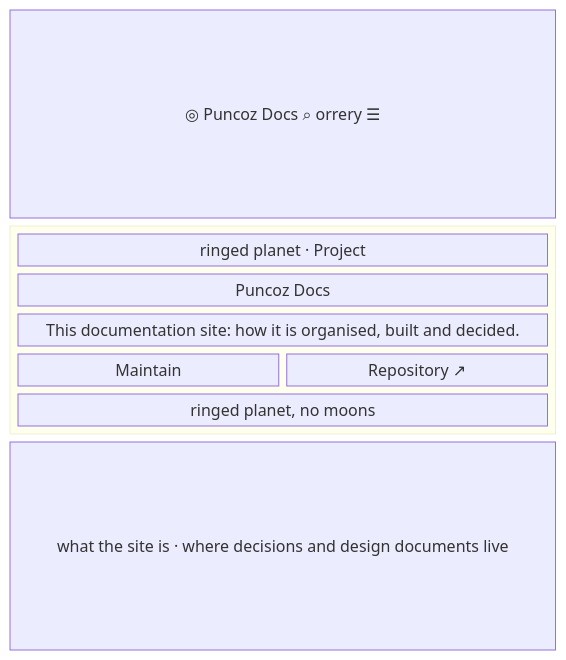
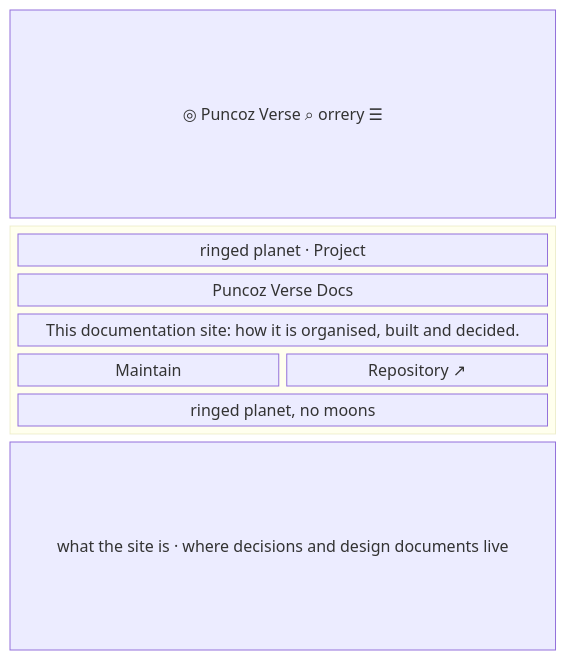
One commit to nepal-dev-com/docs.nepal-dev.com changed the eighth of 8 diagrams in content/docs/maintain/app-flow/site-pages.mdx. Above: the diagram before and after it, drawn with Mermaid. The commit also changed other lines of this file and 85 other files, not shown here.

Commit message:
site renamed to puncoz verse

````diff
--- a/content/docs/maintain/app-flow/site-pages.mdx
+++ b/content/docs/maintain/app-flow/site-pages.mdx
@@ -271,14 +271,14 @@
 ```mermaid
 block-beta
   columns 4
-  hdr["◎ Puncoz Docs   ⌕ orrery ☰"]:4
+  hdr["◎ Puncoz Verse   ⌕ orrery ☰"]:4
   block:hero:4
     columns 4
     kind["ringed planet · Project"]:4
-    name["Puncoz Docs"]:4
+    name["Puncoz Verse Docs"]:4
     desc["This documentation site: how it is organised, built and decided."]:4
     maint["Maintain"]:2 repo["Repository ↗"]:2
     draw["ringed planet, no moons"]:4
   end
   body["what the site is · where decisions and design documents live"]:4
 ```
````
